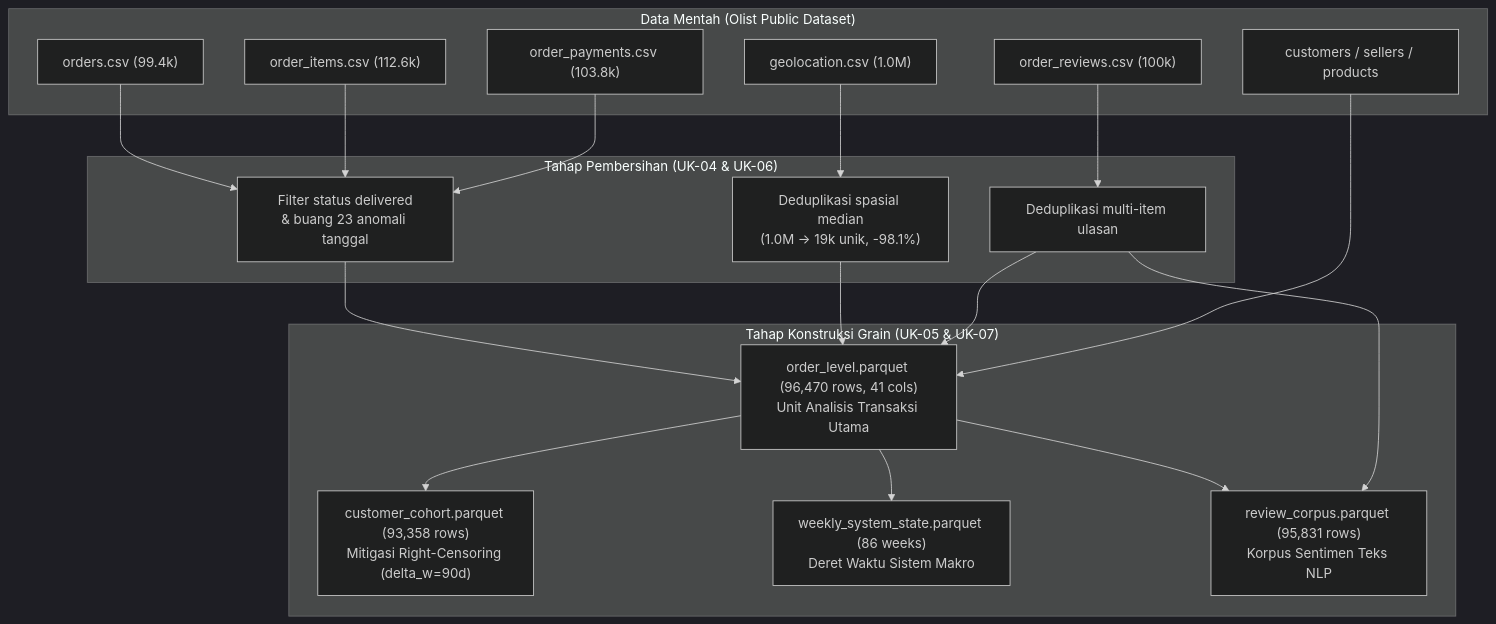
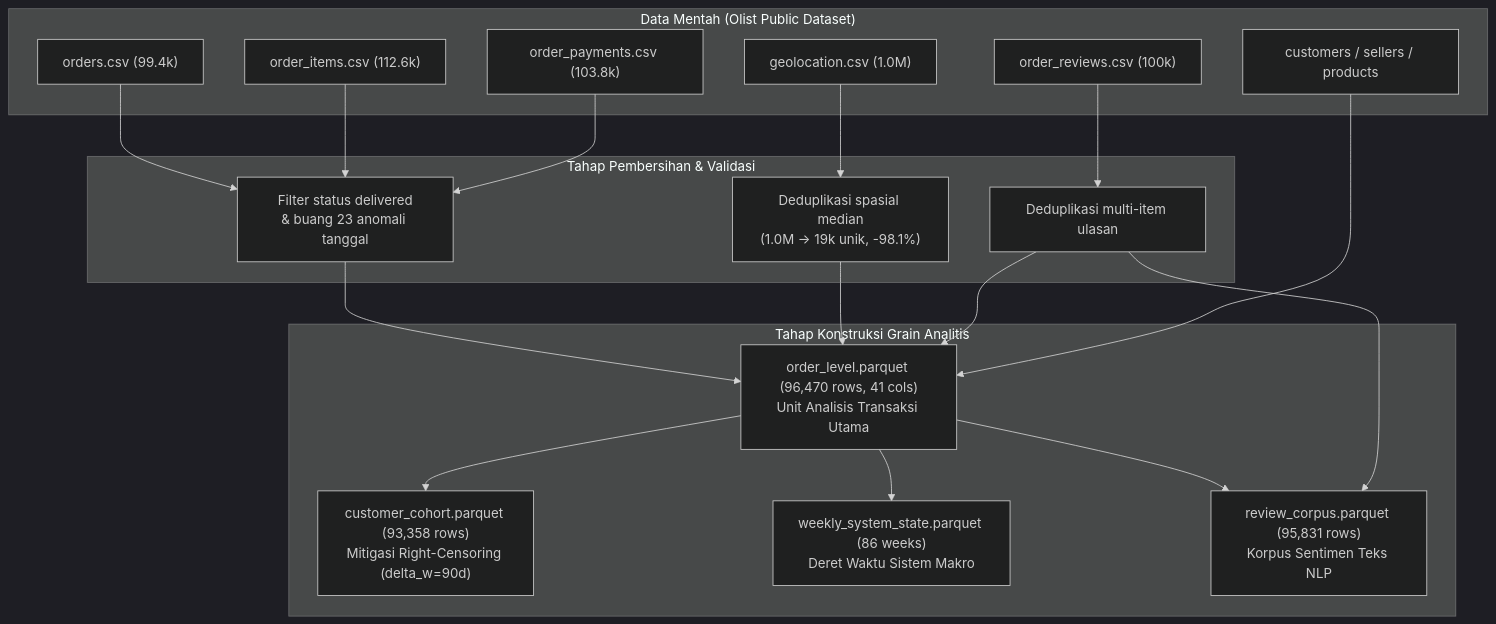
Before and after one commit to noorafaelhakimfaudka-droid/Core-Strategy-Intelligence-Platform: the diagram in data/dataset_manifest.md, drawn with Mermaid (dark theme). The commit also changed other lines of this file and 182 other files, not shown here.

````diff
--- a/data/dataset_manifest.md
+++ b/data/dataset_manifest.md
@@ -53,33 +53,33 @@
 ```mermaid
 flowchart TD
     subgraph Raw["Data Mentah (Olist Public Dataset)"]
         R1["orders.csv (99.4k)"]
         R2["order_items.csv (112.6k)"]
         R3["order_payments.csv (103.8k)"]
         R4["order_reviews.csv (100k)"]
         R5["geolocation.csv (1.0M)"]
         R6["customers / sellers / products"]
     end
 
-    subgraph Cleaning["Tahap Pembersihan (UK-04 & UK-06)"]
+    subgraph Cleaning["Tahap Pembersihan & Validasi"]
         C1["Filter status delivered<br>& buang 23 anomali tanggal"]
         C2["Deduplikasi spasial median<br>(1.0M -> 19k unik, -98.1%)"]
         C3["Deduplikasi multi-item ulasan"]
     end
 
-    subgraph Processed["Tahap Konstruksi Grain (UK-05 & UK-07)"]
+    subgraph Processed["Tahap Konstruksi Grain Analitis"]
         P1["order_level.parquet (96,470 rows, 41 cols)<br>Unit Analisis Transaksi Utama"]
         P2["customer_cohort.parquet (93,358 rows)<br>Mitigasi Right-Censoring (delta_w=90d)"]
         P3["weekly_system_state.parquet (86 weeks)<br>Deret Waktu Sistem Makro"]
         P4["review_corpus.parquet (95,831 rows)<br>Korpus Sentimen Teks NLP"]
     end
 
     R1 & R2 & R3 --> C1
     R5 --> C2
     R4 --> C3
 
     C1 & C2 & C3 & R6 --> P1
     P1 --> P2
     P1 --> P3
     P1 & C3 --> P4
 ```
````
